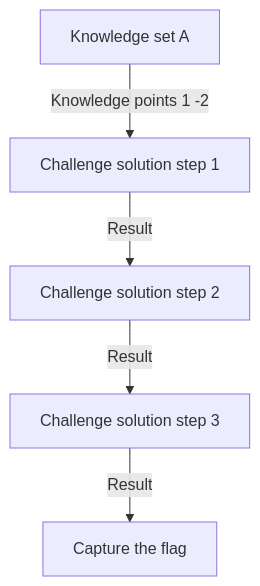
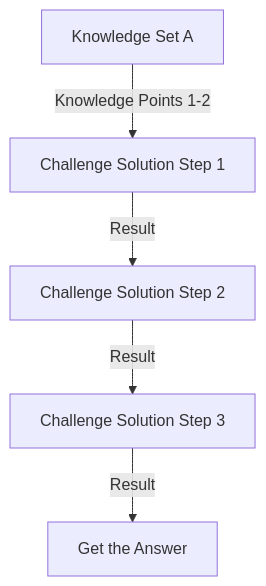
One commit to LiuYuancheng/IT_OT_IoT_Cyber_Security_Workshop changed the third of 4 diagrams in others/LLM_On_CyberSecurityQuestions/LLM_On_CyberSecurityQuestions.md. Above: the diagram before and after it, drawn with Mermaid. The commit also changed other lines of this file, not shown here.

Commit message:
update the result analysis and summary.

````diff
--- a/others/LLM_On_CyberSecurityQuestions/LLM_On_CyberSecurityQuestions.md
+++ b/others/LLM_On_CyberSecurityQuestions/LLM_On_CyberSecurityQuestions.md
@@ -362,8 +381,8 @@
 ```mermaid
 flowchart TD
-    A[Knowledge set A] --> |Knowledge points 1 -2| B
-    B[Challenge solution step 1] --> |Result| C
-	C[Challenge solution step 2] --> |Result| D
-	D[Challenge solution step 3] --> |Result| F
-    F[Capture the flag]
+    A[Knowledge Set A] --> |Knowledge Points 1-2| B
+    B[Challenge Solution Step 1] --> |Result| C
+    C[Challenge Solution Step 2] --> |Result| D
+    D[Challenge Solution Step 3] --> |Result| F
+    F[Get the Answer]
 ```
````
